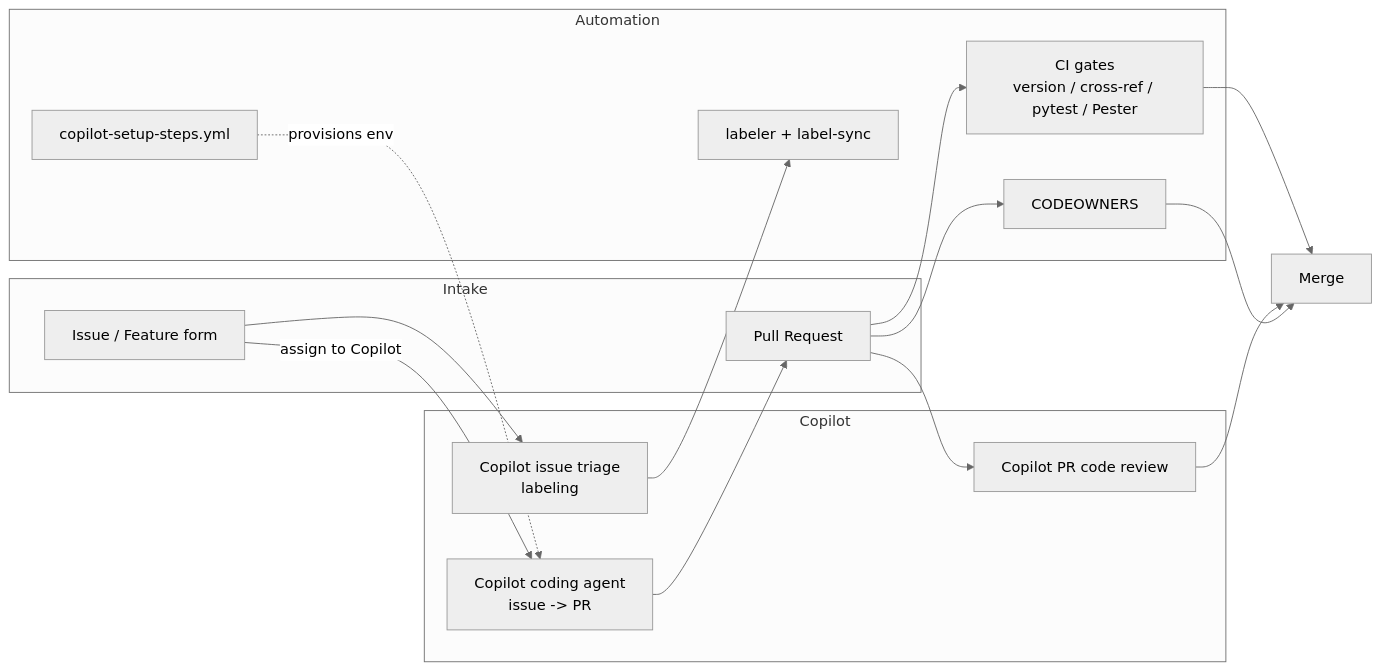
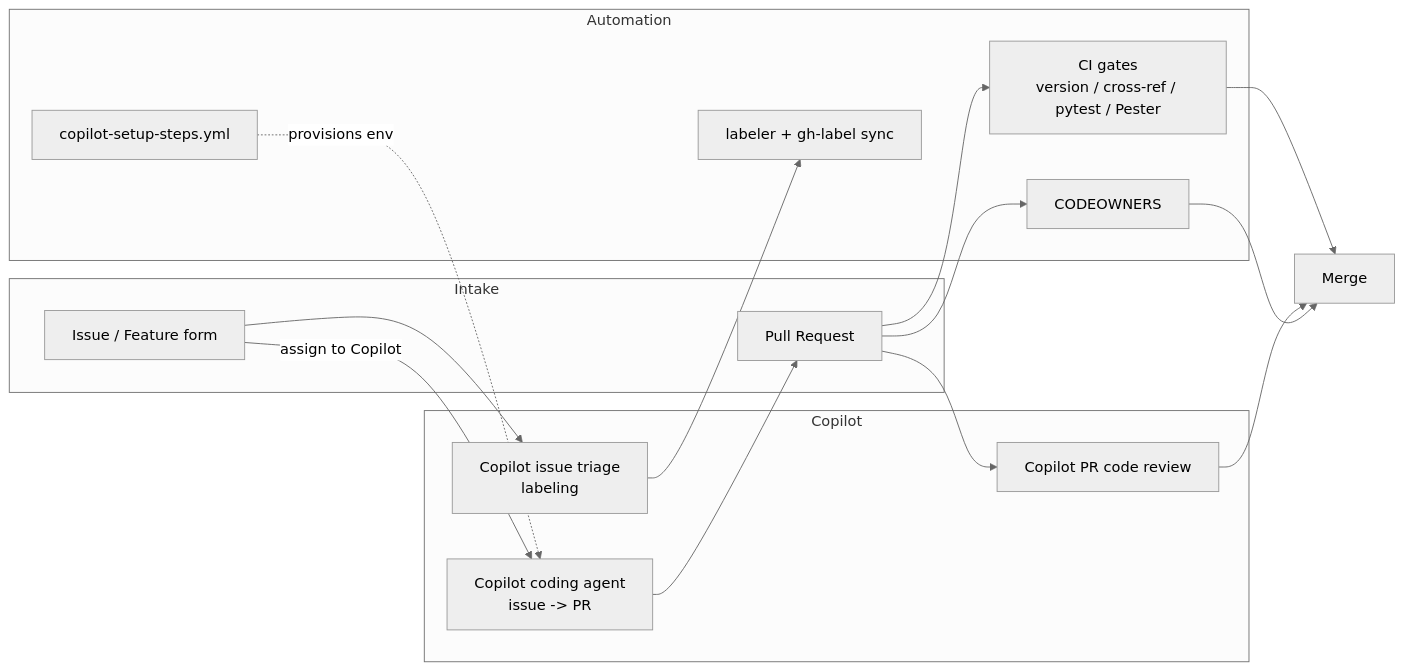
The first of 6 diagrams in docs/copilot-issue-pr-workflow-plan.md (RogerBestMsft/spec-kit-FxToNet), drawn with Mermaid (neutral theme) before and after one commit. The commit also changed other lines of this file and 7 other files, not shown here.

````diff
--- a/docs/copilot-issue-pr-workflow-plan.md
+++ b/docs/copilot-issue-pr-workflow-plan.md
@@ -32,29 +32,29 @@
 ```mermaid
 flowchart LR
     subgraph Intake
         A[Issue / Feature form]
         P[Pull Request]
     end
     subgraph Copilot
         C1[Copilot issue triage\nlabeling]
         C2[Copilot coding agent\nissue -> PR]
         C3[Copilot PR code review]
     end
     subgraph Automation
-        L[labeler + label-sync]
+        L[labeler + gh-label sync]
         CO[CODEOWNERS]
         CI[CI gates\nversion / cross-ref / pytest / Pester]
         S[copilot-setup-steps.yml]
     end
 
     A --> C1 --> L
     A -- assign to Copilot --> C2
     S -. provisions env .-> C2
     C2 --> P
     P --> CI
     P --> C3
     P --> CO
     CI --> Merge[Merge]
     C3 --> Merge
     CO --> Merge
 ```
````
